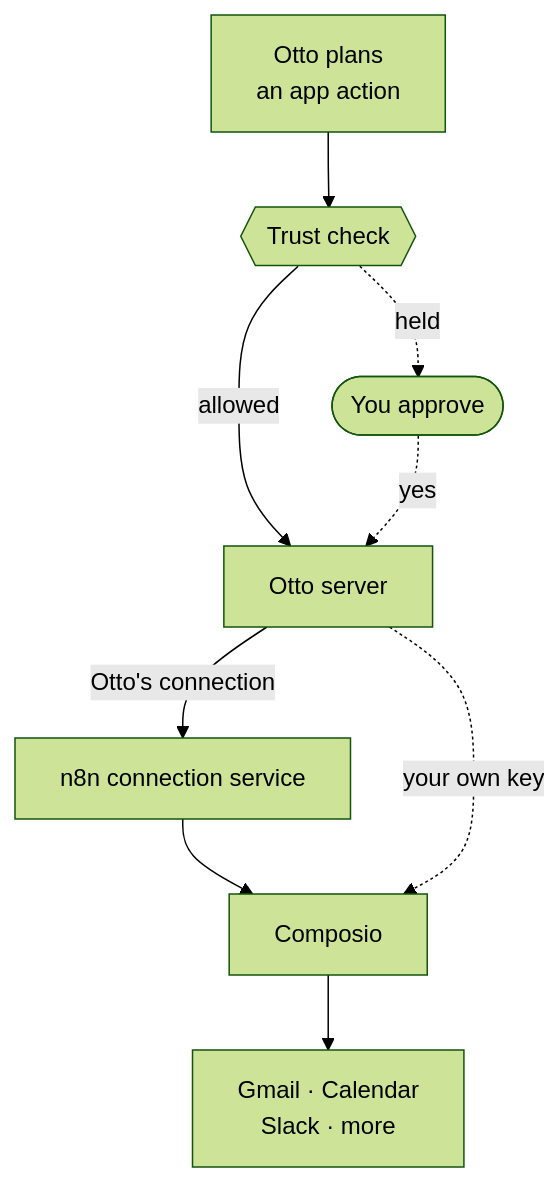
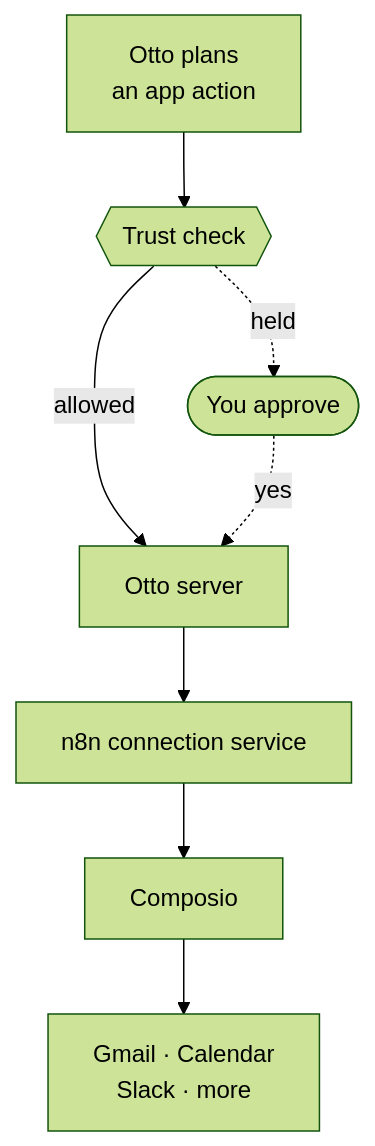
One commit to n8n-io/nod changed the diagram in docs/src/content/docs/connect/apps.mdx. Above: the diagram before and after it, drawn with Mermaid (forest theme). The commit also changed other lines of this file and 50 other files, not shown here.

````diff
--- a/docs/src/content/docs/connect/apps.mdx
+++ b/docs/src/content/docs/connect/apps.mdx
@@ -20,11 +16,10 @@
 ```mermaid
 flowchart TD
   otto[Otto plans<br/>an app action] --> trust{{Trust check}}:::accent
   trust -- allowed --> server[Otto server]
   trust -. held .-> you([You approve]):::accent
   you -. yes .-> server
-  server -- Otto's connection --> connection[n8n connection service]
+  server --> connection[n8n connection service]
   connection --> composio[Composio]
-  server -. your own key .-> composio
   composio --> apps[Gmail · Calendar<br/>Slack · more]
 ```
````
